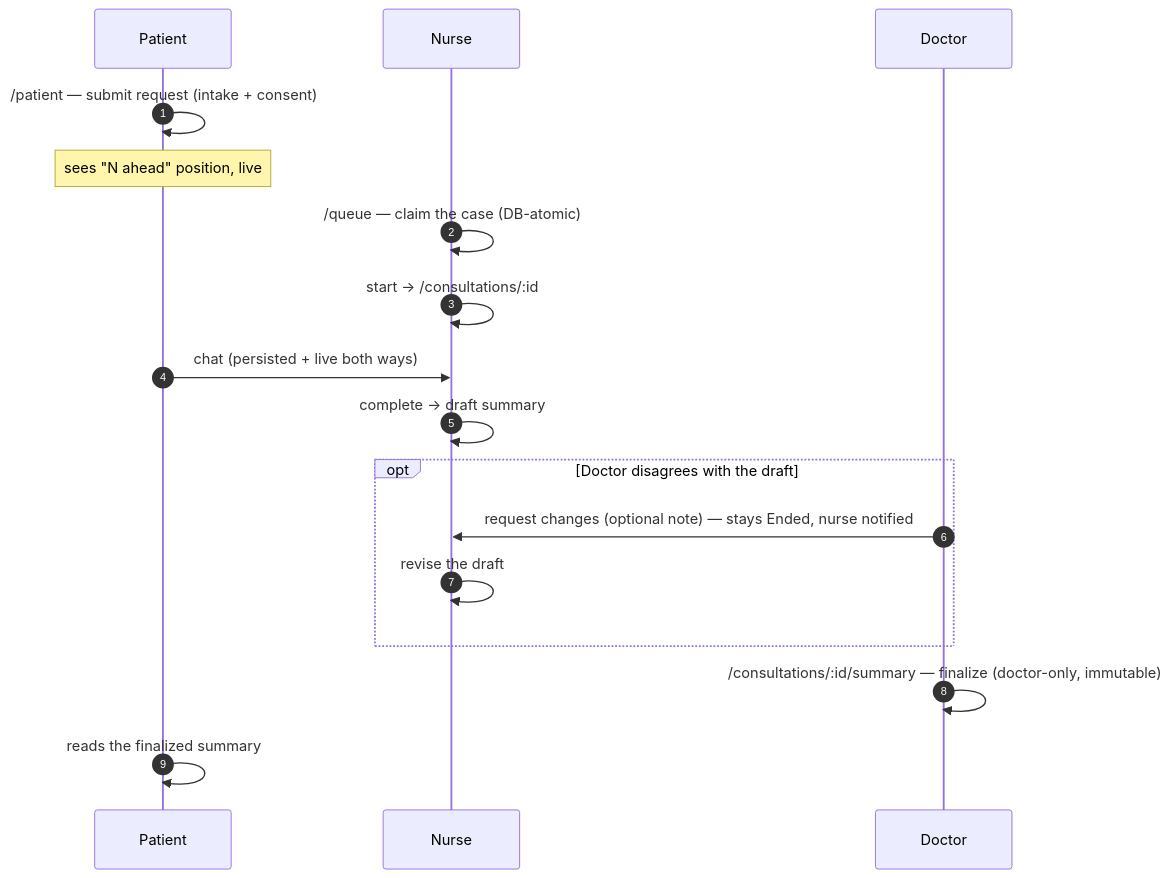
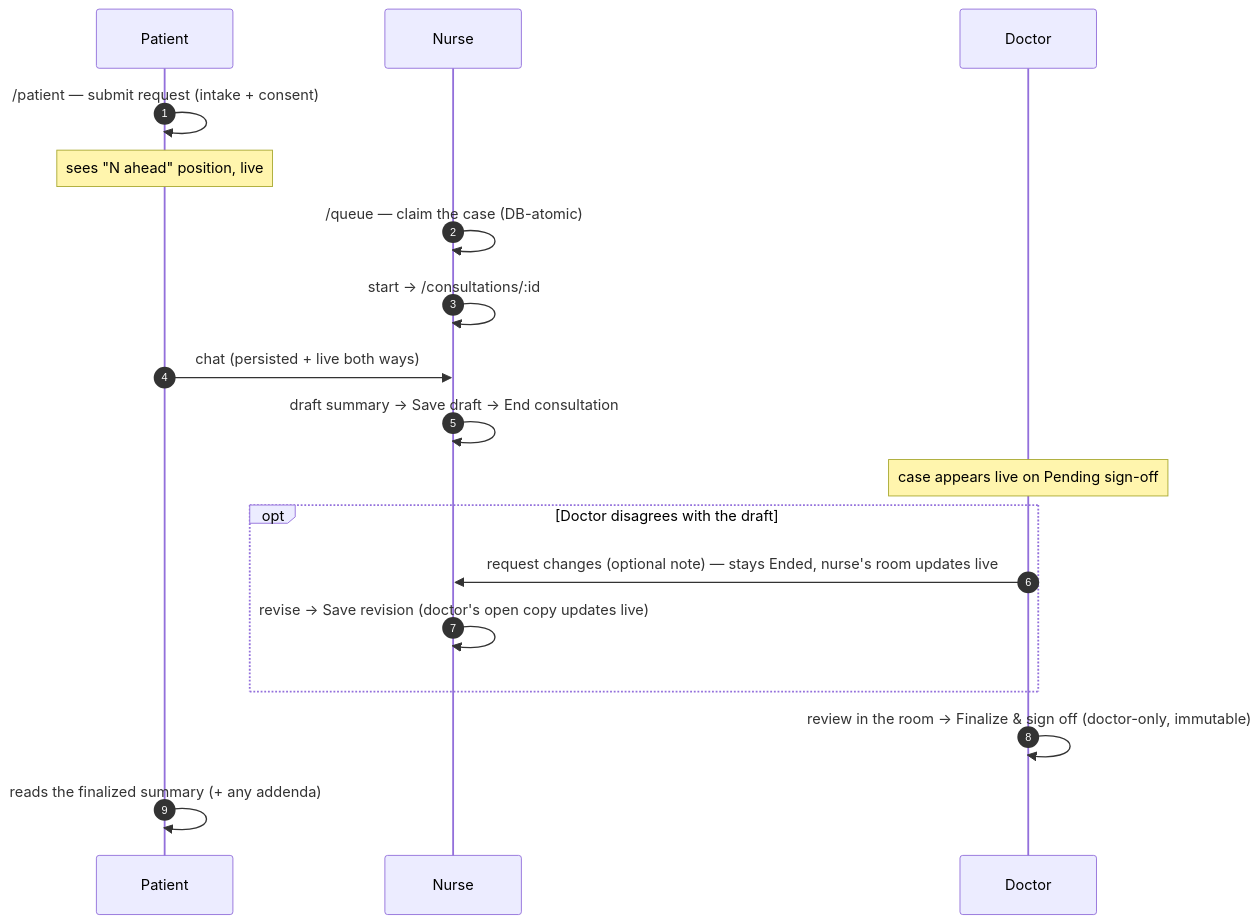
One commit to akritiupreti/virtual-consultation-platform changed the diagram in docs/demo-script.md. Above: the diagram before and after it, drawn with Mermaid. The commit also changed other lines of this file and 12 other files, not shown here.

````diff
--- a/docs/demo-script.md
+++ b/docs/demo-script.md
@@ -54,19 +54,20 @@
 ```mermaid
 sequenceDiagram
     autonumber
     participant Pt as Patient
     participant N as Nurse
     participant D as Doctor
     Pt->>Pt: /patient — submit request (intake + consent)
     Note over Pt: sees "N ahead" position, live
     N->>N: /queue — claim the case (DB-atomic)
     N->>N: start → /consultations/:id
     Pt->>N: chat (persisted + live both ways)
-    N->>N: complete → draft summary
+    N->>N: draft summary → Save draft → End consultation
+    Note over D: case appears live on Pending sign-off
     opt Doctor disagrees with the draft
-        D->>N: request changes (optional note) — stays Ended, nurse notified
-        N->>N: revise the draft
+        D->>N: request changes (optional note) — stays Ended, nurse's room updates live
+        N->>N: revise → Save revision (doctor's open copy updates live)
     end
-    D->>D: /consultations/:id/summary — finalize (doctor-only, immutable)
-    Pt->>Pt: reads the finalized summary
+    D->>D: review in the room → Finalize & sign off (doctor-only, immutable)
+    Pt->>Pt: reads the finalized summary (+ any addenda)
 ```
````
